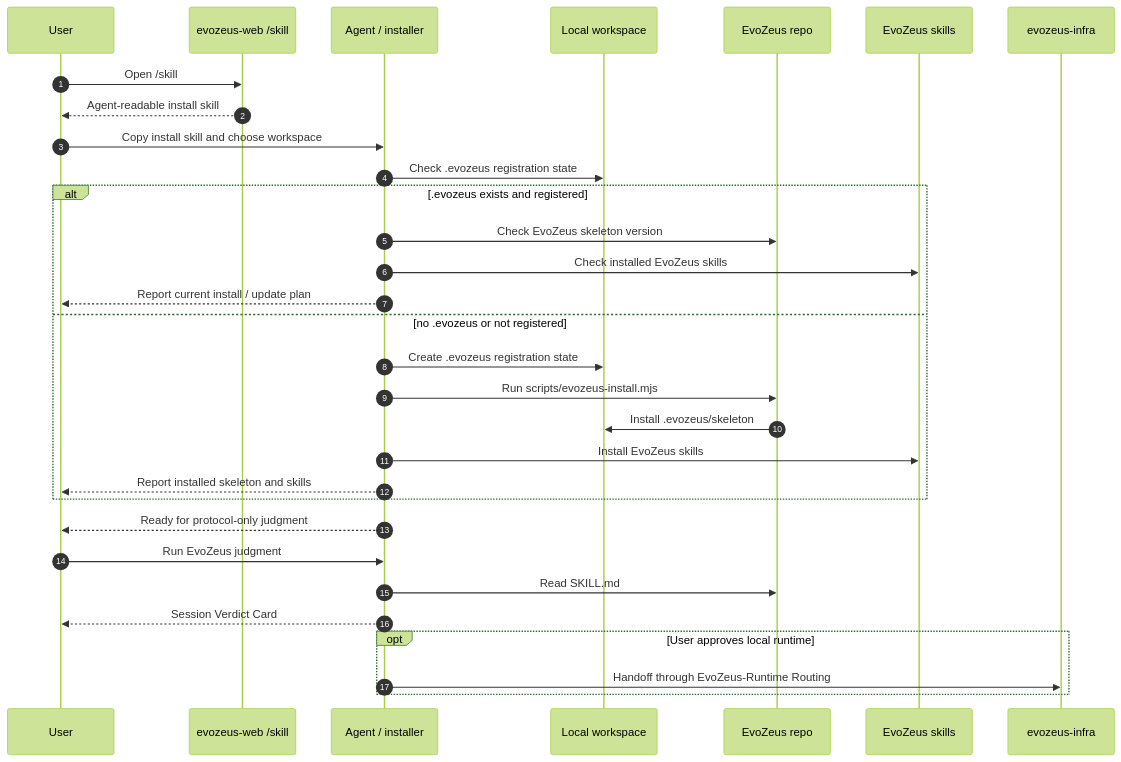
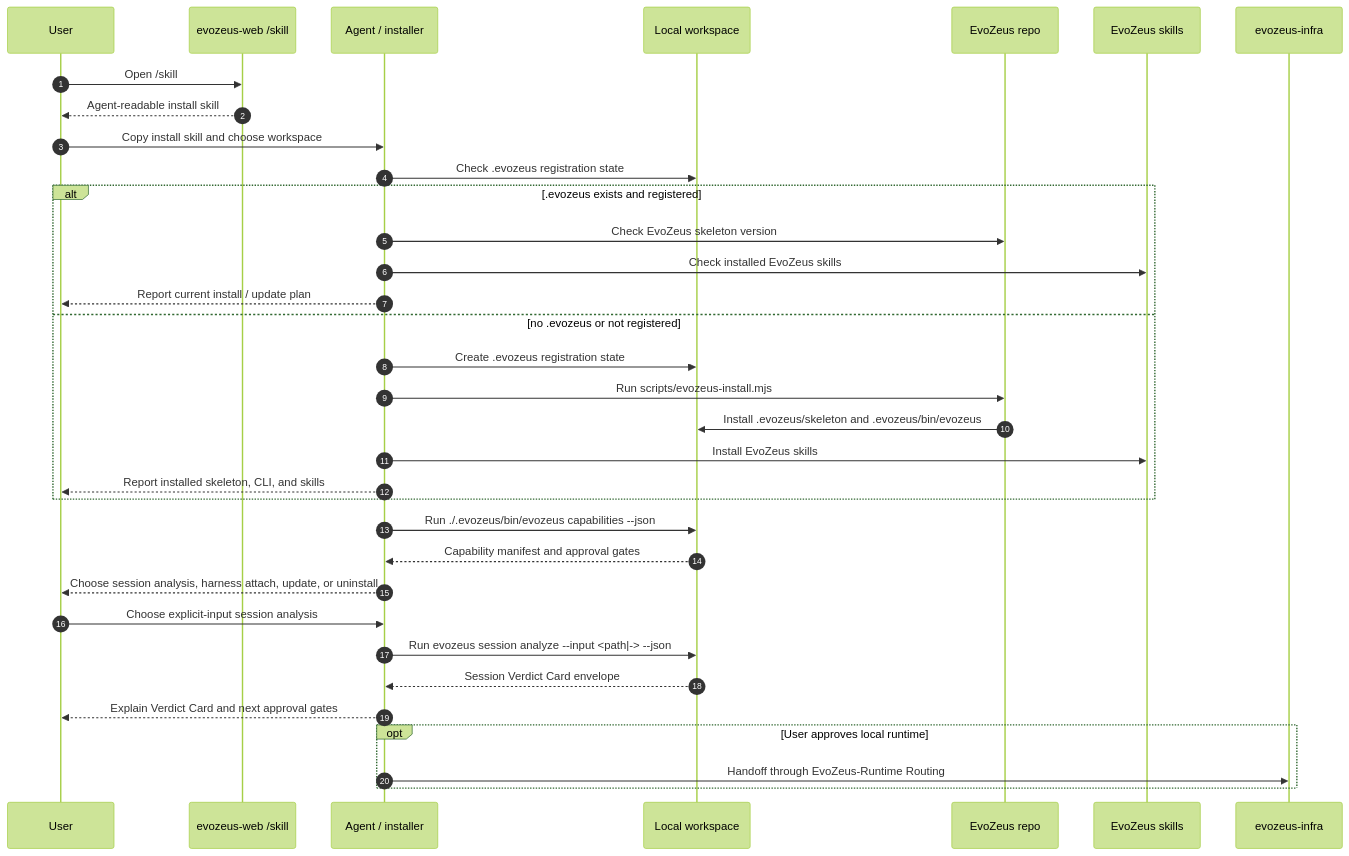
The diagram in docs/README.zh-CN.md (MetaInFLow/EvoZeus), drawn with Mermaid (forest theme) before and after one commit. The commit also changed other lines of this file and 12 other files, not shown here.

Commit message:
feat: add local CLI capability router

````diff
--- a/docs/README.zh-CN.md
+++ b/docs/README.zh-CN.md
@@ -46,37 +46,40 @@
 ```mermaid
 sequenceDiagram
   autonumber
   participant User
   participant Community as evozeus-web /skill
   participant Installer as Agent / installer
   participant Local as Local workspace
   participant Main as EvoZeus repo
   participant Skills as EvoZeus skills
   participant Runtime as evozeus-infra
 
   User->>Community: Open /skill
   Community-->>User: Agent-readable install skill
   User->>Installer: Copy install skill and choose workspace
   Installer->>Local: Check .evozeus registration state
 
   alt .evozeus exists and registered
     Installer->>Main: Check EvoZeus skeleton version
     Installer->>Skills: Check installed EvoZeus skills
     Installer-->>User: Report current install / update plan
   else no .evozeus or not registered
     Installer->>Local: Create .evozeus registration state
     Installer->>Main: Run scripts/evozeus-install.mjs
-    Main->>Local: Install .evozeus/skeleton
+    Main->>Local: Install .evozeus/skeleton and .evozeus/bin/evozeus
     Installer->>Skills: Install EvoZeus skills
-    Installer-->>User: Report installed skeleton and skills
+    Installer-->>User: Report installed skeleton, CLI, and skills
   end
 
-  Installer-->>User: Ready for protocol-only judgment
-  User->>Installer: Run EvoZeus judgment
-  Installer->>Main: Read SKILL.md
-  Installer-->>User: Session Verdict Card
+  Installer->>Local: Run ./.evozeus/bin/evozeus capabilities --json
+  Local-->>Installer: Capability manifest and approval gates
+  Installer-->>User: Choose session analysis, harness attach, update, or uninstall
+  User->>Installer: Choose explicit-input session analysis
+  Installer->>Local: Run evozeus session analyze --input <path|-> --json
+  Local-->>Installer: Session Verdict Card envelope
+  Installer-->>User: Explain Verdict Card and next approval gates
 
   opt User approves local runtime
     Installer->>Runtime: Handoff through EvoZeus-Runtime Routing
   end
 ```
````
